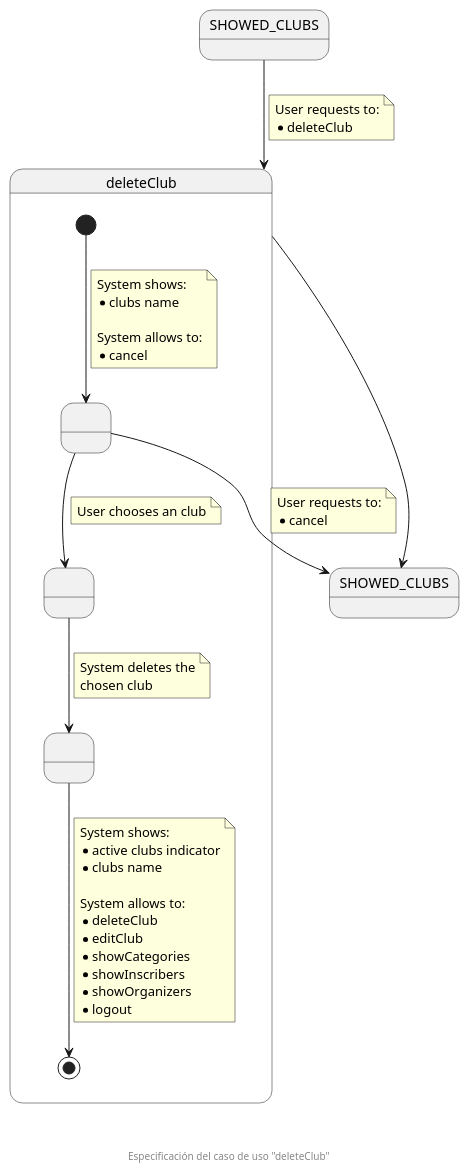
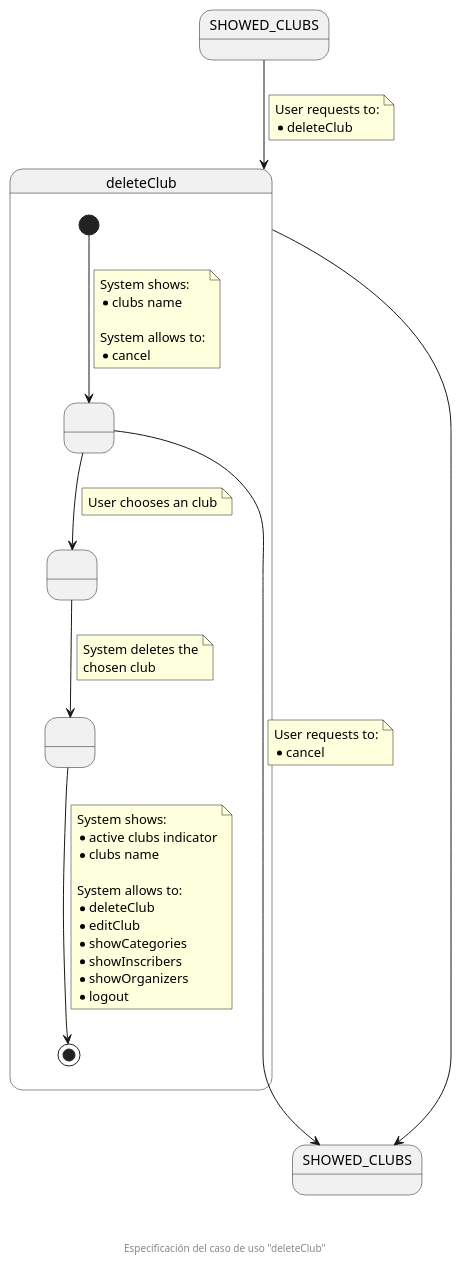
The diagram in documentation/diagrams/1_requirements/3_useCasesSpecification/organizationSecretary/05_deleteClub.puml (zuldare/mastercloud_pfm_halterocms), drawn with PlantUML before and after one commit. The commit also changed 2 other files, not shown here.

Commit message:
Fix delete use cases specification

```diff
--- a/documentation/diagrams/1_requirements/3_useCasesSpecification/organizationSecretary/05_deleteClub.puml
+++ b/documentation/diagrams/1_requirements/3_useCasesSpecification/organizationSecretary/05_deleteClub.puml
@@ -1,60 +1,60 @@
 @startuml
 state SHOWED_CLUBS
 state "SHOWED_CLUBS" as SHOWED_CLUBS_F
 state deleteClub {
   state " " as SHOWED_CLUBS_TO_BE_DELETED
   state " " as CHOSEN_CLUB
   state " " as CLUB_DELETED
 
   [*] --> SHOWED_CLUBS_TO_BE_DELETED
   note on link
     System shows:
     * clubs name
 
     System allows to:
     * cancel
   end note
   
   SHOWED_CLUBS_TO_BE_DELETED --> CHOSEN_CLUB
   note on link
     User chooses an club
   end note
 
-  SHOWED_CLUBS_TO_BE_DELETED --> SHOWED_CLUBS_F
+  SHOWED_CLUBS_TO_BE_DELETED -down-> SHOWED_CLUBS_F
   note on link
     User requests to:
     * cancel
   end note
 
   CHOSEN_CLUB --> CLUB_DELETED
   note on link
     System deletes the
     chosen club
   end note
 
   CLUB_DELETED --> [*]
   note on link
     System shows:
     * active clubs indicator
     * clubs name
 
     System allows to:
     * deleteClub
     * editClub
     * showCategories
     * showInscribers
     * showOrganizers
     * logout
   end note
 }
 
 SHOWED_CLUBS --> deleteClub
 note on link
   User requests to:
   * deleteClub
 end note
 
-deleteClub --> SHOWED_CLUBS_F
+deleteClub ------> SHOWED_CLUBS_F
 
 footer \n\n\n Especificación del caso de uso "deleteClub"
 @enduml
```
